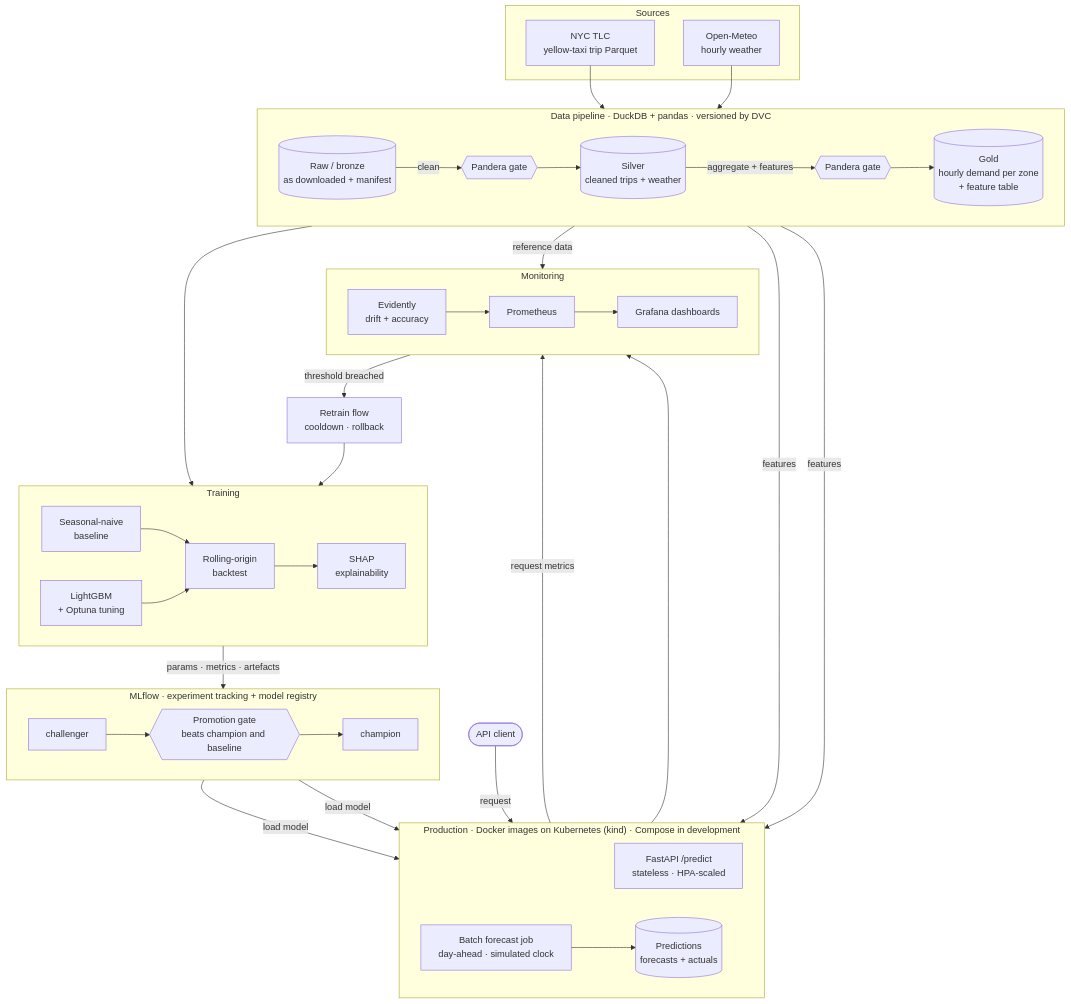
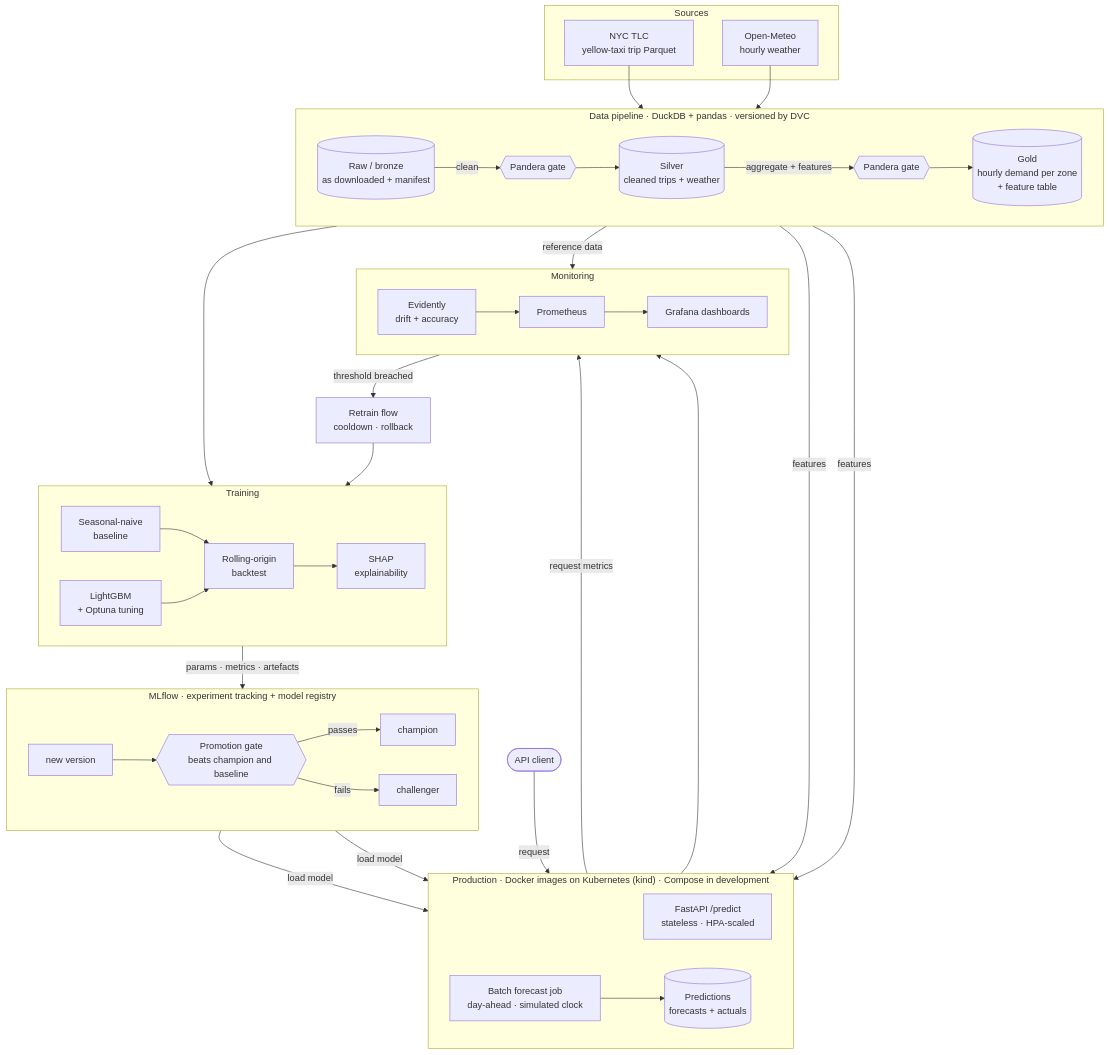
Before and after one commit to hazimmm/nyc-taxi-demand-mlops: the first of 2 diagrams in docs/architecture.md, drawn with Mermaid. The commit also changed 20 other files, not shown here.

````diff
--- a/docs/architecture.md
+++ b/docs/architecture.md
@@ -7,68 +7,71 @@
 ```mermaid
 flowchart TB
     subgraph SRC["Sources"]
         TLC["NYC TLC<br/>yellow-taxi trip Parquet"]
         OM["Open-Meteo<br/>hourly weather"]
     end
 
     subgraph DATA["Data pipeline · DuckDB + pandas · versioned by DVC"]
         direction LR
         RAW[("Raw / bronze<br/>as downloaded + manifest")]
         SILVER[("Silver<br/>cleaned trips + weather")]
         GOLD[("Gold<br/>hourly demand per zone<br/>+ feature table")]
         RAW -->|"clean"| G1{{"Pandera gate"}} --> SILVER
         SILVER -->|"aggregate + features"| G2{{"Pandera gate"}} --> GOLD
     end
 
     subgraph TRAIN["Training"]
         direction LR
         BASE["Seasonal-naive<br/>baseline"]
         LGBM["LightGBM<br/>+ Optuna tuning"]
         BT["Rolling-origin<br/>backtest"]
         SHAP["SHAP<br/>explainability"]
         BASE --> BT
         LGBM --> BT --> SHAP
     end
 
     subgraph REG["MLflow · experiment tracking + model registry"]
         direction LR
-        CHAL["challenger"]
+        CHAL["new version"]
         GATE{{"Promotion gate<br/>beats champion and baseline"}}
         CHAMP["champion"]
-        CHAL --> GATE --> CHAMP
+        REJ["challenger"]
+        CHAL --> GATE
+        GATE -->|passes| CHAMP
+        GATE -->|fails| REJ
     end
 
     subgraph PROD["Production · Docker images on Kubernetes (kind) · Compose in development"]
         direction LR
         API["FastAPI /predict<br/>stateless · HPA-scaled"]
         BATCH["Batch forecast job<br/>day-ahead · simulated clock"]
         PRED[("Predictions<br/>forecasts + actuals")]
         BATCH --> PRED
     end
 
     subgraph MON["Monitoring"]
         direction LR
         EVI["Evidently<br/>drift + accuracy"]
         PROM["Prometheus"]
         GRAF["Grafana dashboards"]
         EVI --> PROM --> GRAF
     end
 
     RETRAIN["Retrain flow<br/>cooldown · rollback"]
     USER(["API client"])
 
     TLC --> RAW
     OM --> RAW
     GOLD --> TRAIN
     TRAIN -->|"params · metrics · artefacts"| CHAL
     CHAMP -->|"load model"| API
     CHAMP -->|"load model"| BATCH
     GOLD -->|"features"| API
     GOLD -->|"features"| BATCH
     USER -->|"request"| API
     API -->|"request metrics"| PROM
     PRED --> EVI
     GOLD -->|"reference data"| EVI
     EVI -->|"threshold breached"| RETRAIN
     RETRAIN --> TRAIN
 ```
````
